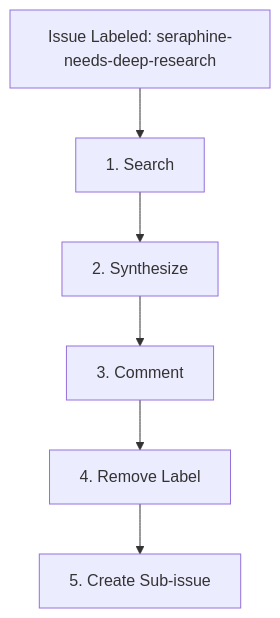
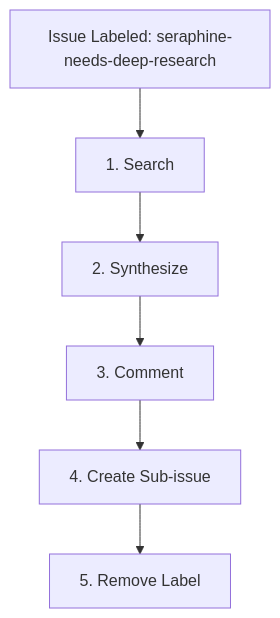
One commit to brotherlogic/seraphine changed the diagram in .agent/workflows/seraphine-needs-deep-research.md. Above: the diagram before and after it, drawn with Mermaid. The commit also changed other lines of this file and 7 other files, not shown here.

````diff
--- a/.agent/workflows/seraphine-needs-deep-research.md
+++ b/.agent/workflows/seraphine-needs-deep-research.md
@@ -7,8 +7,8 @@
 ```mermaid
 graph TD
     A[Issue Labeled: seraphine-needs-deep-research] --> B[1. Search]
     B --> C[2. Synthesize]
     C --> D[3. Comment]
-    D --> E[4. Remove Label]
-    E --> F[5. Create Sub-issue]
+    D --> E[4. Create Sub-issue]
+    E --> F[5. Remove Label]
 ```
````
